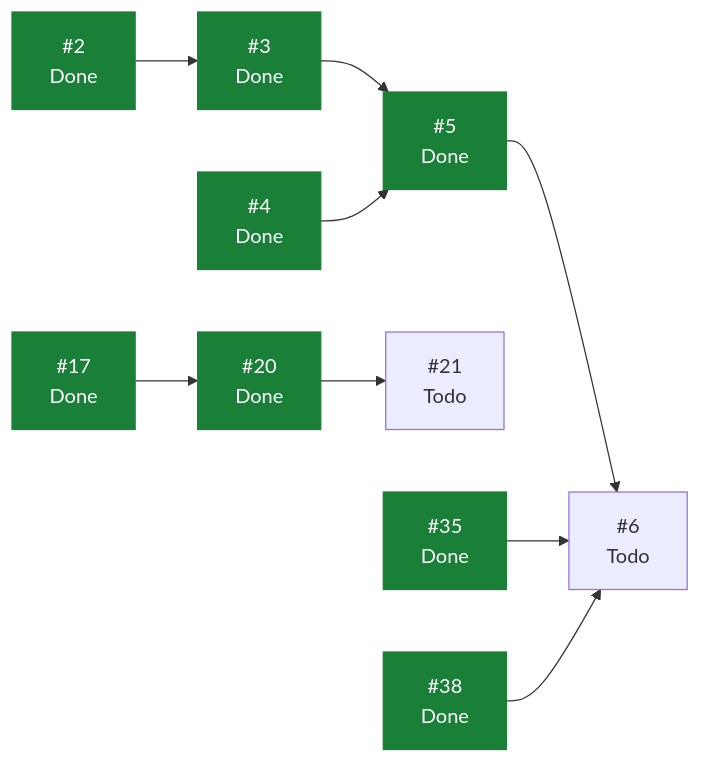
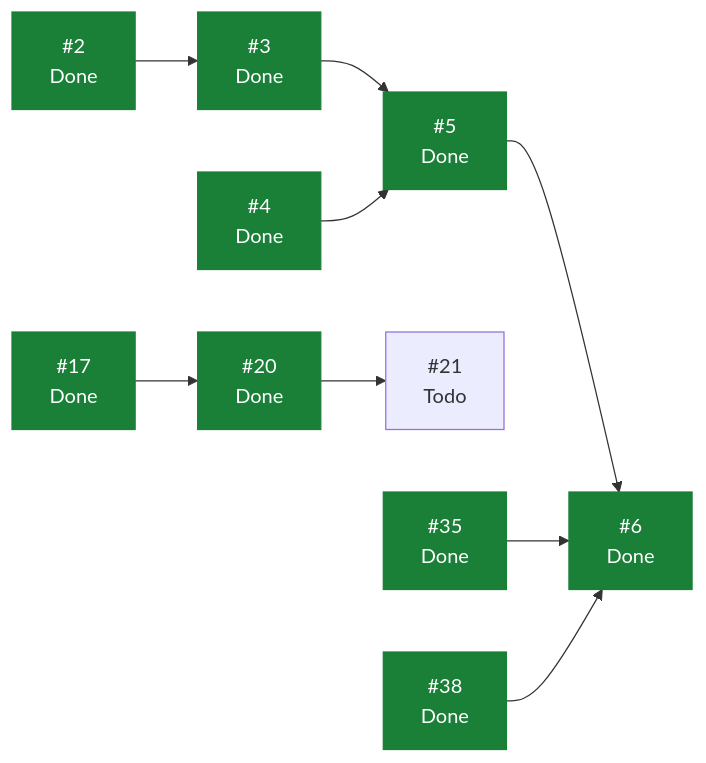
Before and after one commit to ecamp0s/evault: the diagram in docs/planning/STATUS.md, drawn with Mermaid. The commit also changed other lines of this file, not shown here.

````diff
--- a/docs/planning/STATUS.md
+++ b/docs/planning/STATUS.md
@@ -55,23 +54,23 @@
 ```mermaid
 graph LR
   I2["#2<br/>Done"]
   I3["#3<br/>Done"]
   I4["#4<br/>Done"]
   I5["#5<br/>Done"]
-  I6["#6<br/>Todo"]
+  I6["#6<br/>Done"]
   I17["#17<br/>Done"]
   I20["#20<br/>Done"]
   I21["#21<br/>Todo"]
   I35["#35<br/>Done"]
   I38["#38<br/>Done"]
   I2 --> I3
   I3 --> I5
   I4 --> I5
   I5 --> I6
   I17 --> I20
   I20 --> I21
   I35 --> I6
   I38 --> I6
   classDef hecho fill:#1a7f37,stroke:#1a7f37,color:#fff;
-  class I2,I3,I4,I5,I17,I20,I35,I38 hecho;
+  class I2,I3,I4,I5,I6,I17,I20,I35,I38 hecho;
 ```
````
